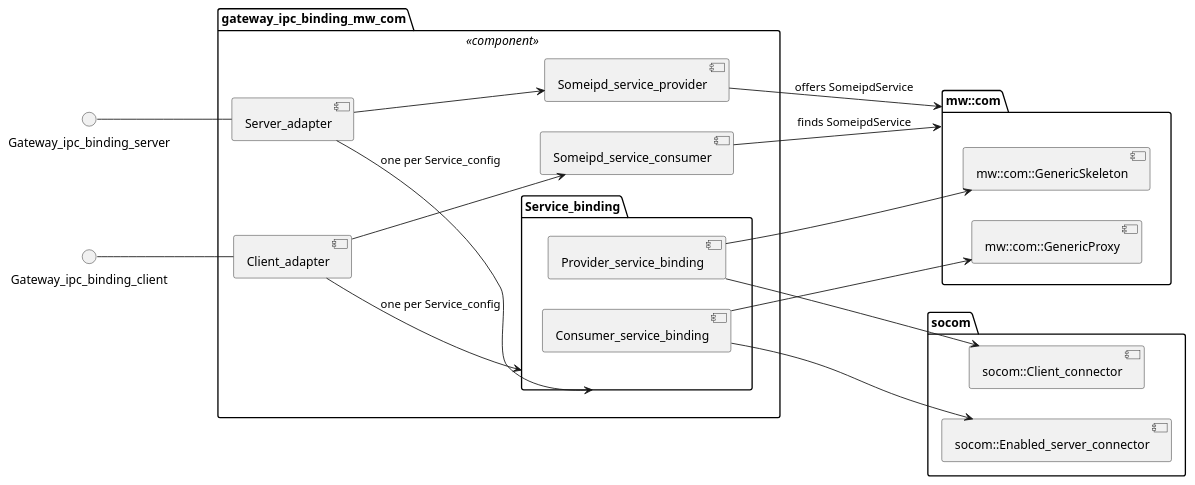
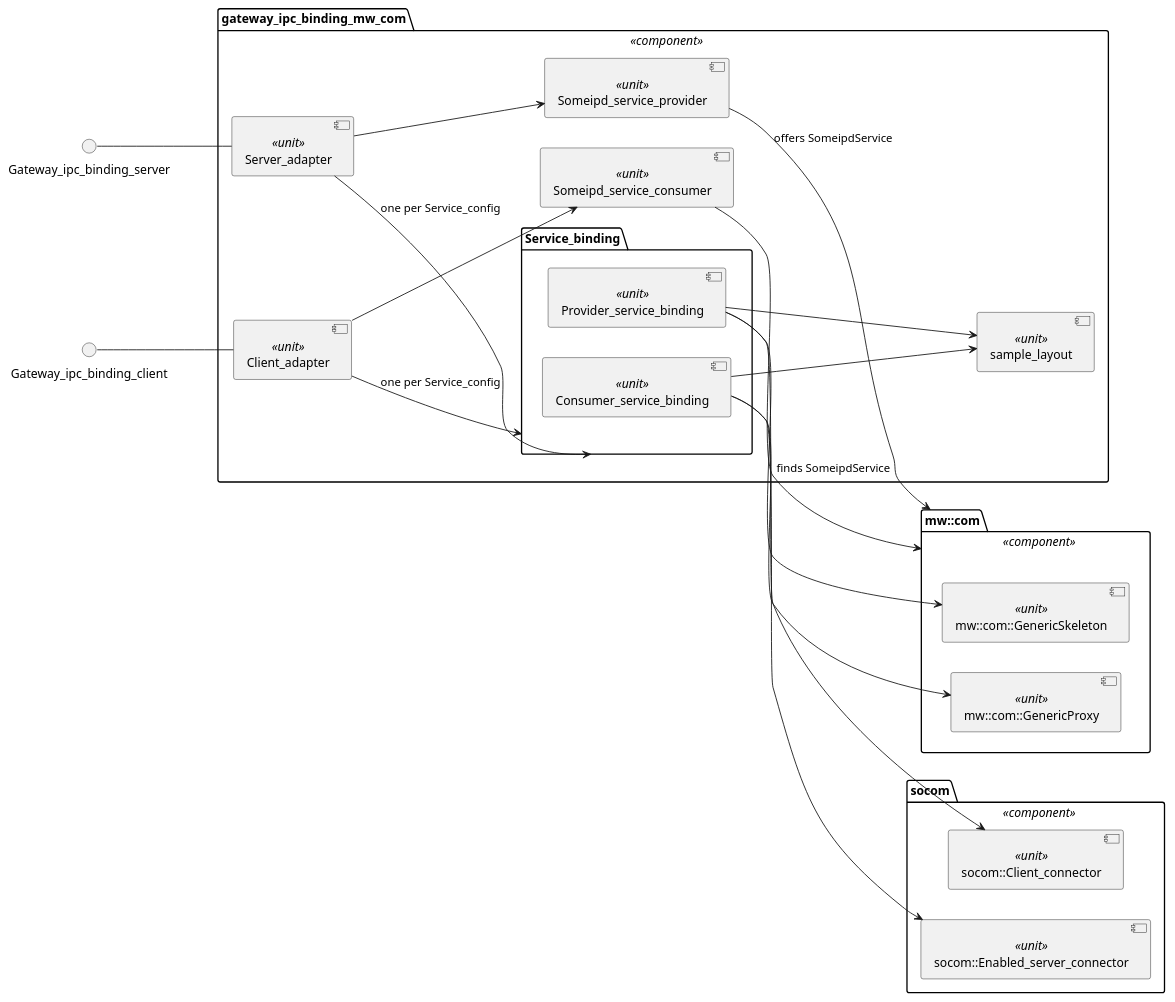
One commit to eclipse-score/inc_someip_gateway changed the diagram in score/gateway_ipc_binding/docs/models/component_diagram_gateway_ipc_binding_mw_com.puml. Above: the diagram before and after it, drawn with PlantUML. The commit also changed 23 other files, not shown here.

Commit message:
docs: add component architecture for socom, gateway_ipc_binding, and gatewayd

```diff
--- a/score/gateway_ipc_binding/docs/models/component_diagram_gateway_ipc_binding_mw_com.puml
+++ b/score/gateway_ipc_binding/docs/models/component_diagram_gateway_ipc_binding_mw_com.puml
@@ -13,40 +13,43 @@
 @startuml component_diagram_gateway_ipc_binding_mw_com
 left to right direction
 
 interface "Gateway_ipc_binding_server" as server_api
 interface "Gateway_ipc_binding_client" as client_api
 
 package "gateway_ipc_binding_mw_com" as binding <<component>> {
-  component "Server_adapter" as server
-  component "Client_adapter" as client
-  component "Someipd_service_provider" as sdsvc_provider
+  component "Server_adapter" as Server_adapter <<unit>>
+  component "Client_adapter" as Client_adapter <<unit>>
+  component "Someipd_service_provider" as Someipd_service_provider <<unit>>
   package "Service_binding" as service_binding {
-    component "Provider_service_binding" as provider
-    component "Consumer_service_binding" as consumer
+    component "Provider_service_binding" as Provider_service_binding <<unit>>
+    component "Consumer_service_binding" as Consumer_service_binding <<unit>>
   }
-  component "Someipd_service_consumer" as sdsvc_consumer
+  component "Someipd_service_consumer" as Someipd_service_consumer <<unit>>
+  component "sample_layout" as sample_layout <<unit>>
 }
 
-package "mw::com" as mwcom {
-  component "mw::com::GenericSkeleton" as skeleton
-  component "mw::com::GenericProxy" as proxy
+package "mw::com" as mwcom <<component>> {
+  component "mw::com::GenericSkeleton" as skeleton <<unit>>
+  component "mw::com::GenericProxy" as proxy <<unit>>
 }
 
-package "socom" as socom {
-  component "socom::Client_connector" as client_connector
-  component "socom::Enabled_server_connector" as server_connector
+package "socom" as socom <<component>> {
+  component "socom::Client_connector" as client_connector <<unit>>
+  component "socom::Enabled_server_connector" as server_connector <<unit>>
 }
 
-server_api -- server
-client_api -- client
-server --> sdsvc_provider
-server --> service_binding : one per Service_config
-client --> service_binding : one per Service_config
-client --> sdsvc_consumer
-sdsvc_provider --> mwcom : offers SomeipdService
-provider --> skeleton
-consumer --> proxy
-sdsvc_consumer --> mwcom : finds SomeipdService
-provider --> client_connector
-consumer --> server_connector
+server_api -- Server_adapter
+client_api -- Client_adapter
+Server_adapter --> Someipd_service_provider
+Server_adapter --> service_binding : one per Service_config
+Client_adapter --> service_binding : one per Service_config
+Client_adapter --> Someipd_service_consumer
+Someipd_service_provider --> mwcom : offers SomeipdService
+Provider_service_binding --> skeleton
+Provider_service_binding --> sample_layout
+Consumer_service_binding --> proxy
+Consumer_service_binding --> sample_layout
+Someipd_service_consumer --> mwcom : finds SomeipdService
+Provider_service_binding --> client_connector
+Consumer_service_binding --> server_connector
 @enduml
```
